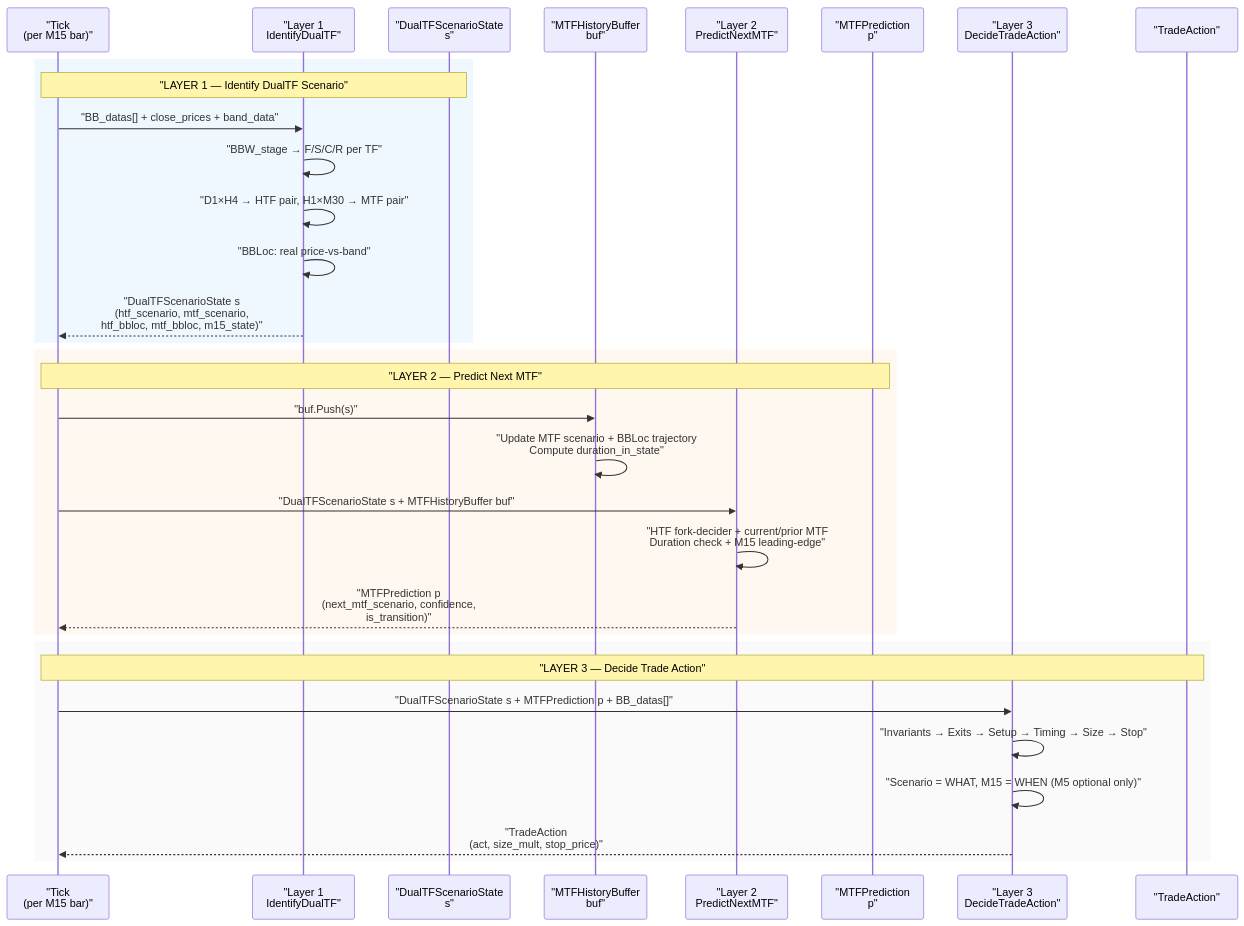
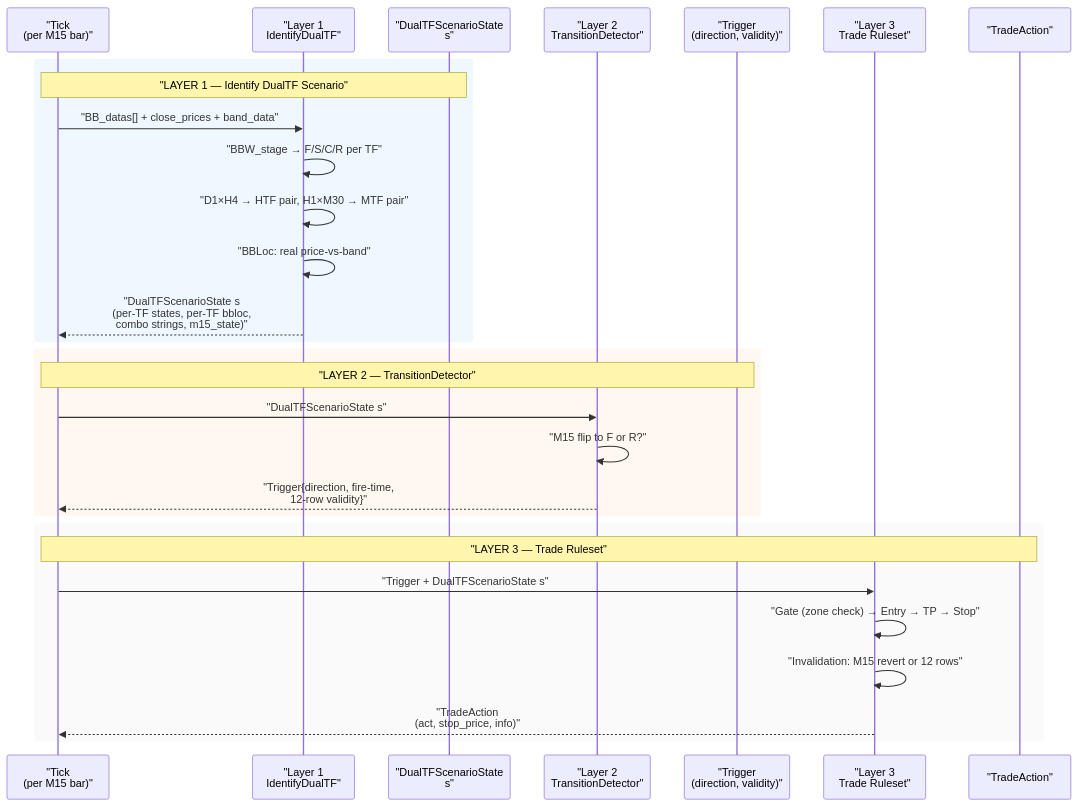
The ninth of 10 diagrams in references/DUALTF_ARCHITECTURE.md (Terrypang89/BB_MTF_M15_STRATEGY), drawn with Mermaid before and after one commit. The commit also changed other lines of this file and 1 other file, not shown here.

First line of the commit message:
Update DUALTF_ARCHITECTURE to match measured reality

````diff
--- a/references/DUALTF_ARCHITECTURE.md
+++ b/references/DUALTF_ARCHITECTURE.md
@@ -837,37 +489,34 @@
 ```mermaid
 sequenceDiagram
     participant Tick as "Tick<br/>(per M15 bar)"
     participant L1 as "Layer 1<br/>IdentifyDualTF"
     participant L1Out as "DualTFScenarioState<br/>s"
-    participant Buf as "MTFHistoryBuffer<br/>buf"
-    participant L2 as "Layer 2<br/>PredictNextMTF"
-    participant L2Out as "MTFPrediction<br/>p"
-    participant L3 as "Layer 3<br/>DecideTradeAction"
+    participant L2 as "Layer 2<br/>TransitionDetector"
+    participant L2Out as "Trigger<br/>(direction, validity)"
+    participant L3 as "Layer 3<br/>Trade Ruleset"
     participant L3Out as "TradeAction"
 
     rect rgb(240, 248, 255)
     Note over Tick,L1Out: "LAYER 1 — Identify DualTF Scenario"
     Tick->>L1: "BB_datas[] + close_prices + band_data"
     L1->>L1: "BBW_stage → F/S/C/R per TF"
     L1->>L1: "D1×H4 → HTF pair, H1×M30 → MTF pair"
     L1->>L1: "BBLoc: real price-vs-band"
-    L1-->>Tick: "DualTFScenarioState s<br/>(htf_scenario, mtf_scenario,<br/>htf_bbloc, mtf_bbloc, m15_state)"
+    L1-->>Tick: "DualTFScenarioState s<br/>(per-TF states, per-TF bbloc,<br/>combo strings, m15_state)"
     end
 
     rect rgb(255, 248, 240)
-    Note over Tick,L2Out: "LAYER 2 — Predict Next MTF"
-    Tick->>Buf: "buf.Push(s)"
-    Buf->>Buf: "Update MTF scenario + BBLoc trajectory<br/>Compute duration_in_state"
-    Tick->>L2: "DualTFScenarioState s + MTFHistoryBuffer buf"
-    L2->>L2: "HTF fork-decider + current/prior MTF<br/>Duration check + M15 leading-edge"
-    L2-->>Tick: "MTFPrediction p<br/>(next_mtf_scenario, confidence,<br/>is_transition)"
+    Note over Tick,L2Out: "LAYER 2 — TransitionDetector"
+    Tick->>L2: "DualTFScenarioState s"
+    L2->>L2: "M15 flip to F or R?"
+    L2-->>Tick: "Trigger{direction, fire-time,<br/>12-row validity}"
     end
 
     rect rgb(250, 250, 250)
-    Note over Tick,L3Out: "LAYER 3 — Decide Trade Action"
-    Tick->>L3: "DualTFScenarioState s + MTFPrediction p + BB_datas[]"
-    L3->>L3: "Invariants → Exits → Setup → Timing → Size → Stop"
-    L3->>L3: "Scenario = WHAT, M15 = WHEN (M5 optional only)"
-    L3-->>Tick: "TradeAction<br/>(act, size_mult, stop_price)"
+    Note over Tick,L3Out: "LAYER 3 — Trade Ruleset"
+    Tick->>L3: "Trigger + DualTFScenarioState s"
+    L3->>L3: "Gate (zone check) → Entry → TP → Stop"
+    L3->>L3: "Invalidation: M15 revert or 12 rows"
+    L3-->>Tick: "TradeAction<br/>(act, stop_price, info)"
     end
 ```
````
